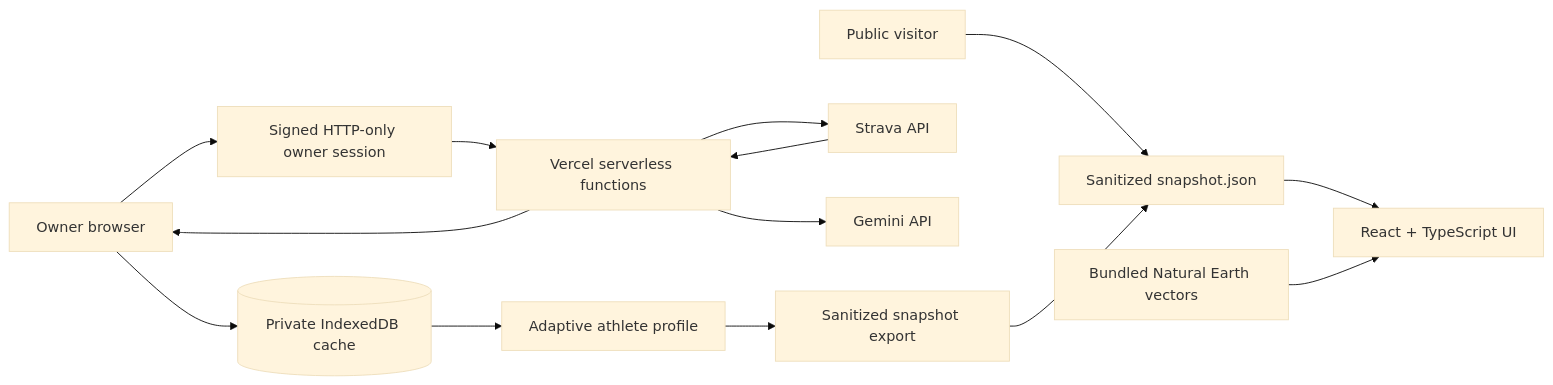
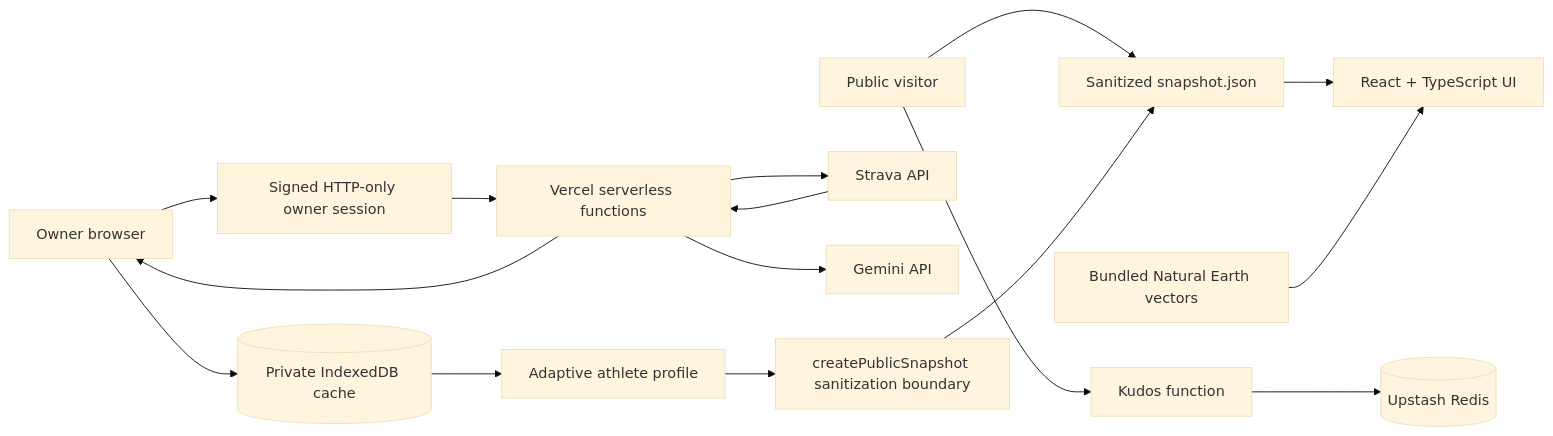
The diagram in README.md (NikhileshThiru/runaround), drawn with Mermaid (base theme) before and after one commit. The commit also changed other lines of this file, not shown here.

````diff
--- a/README.md
+++ b/README.md
@@ -23,18 +25,20 @@
 ```mermaid
 flowchart LR
   Public[Public visitor] --> Snapshot[Sanitized snapshot.json]
+  Public --> Kudos[Kudos function]
+  Kudos --> Redis[(Upstash Redis)]
   Snapshot --> React[React + TypeScript UI]
   Maps[Bundled Natural Earth vectors] --> React
 
   Owner[Owner browser] --> Session[Signed HTTP-only owner session]
   Session --> API[Vercel serverless functions]
   API --> Strava[Strava API]
   API --> Gemini[Gemini API]
 
   Strava --> API
   API --> Owner
   Owner --> IDB[(Private IndexedDB cache)]
   IDB --> Profile[Adaptive athlete profile]
-  Profile --> Export[Sanitized snapshot export]
-  Export --> Snapshot
+  Profile --> Sanitizer[createPublicSnapshot sanitization boundary]
+  Sanitizer --> Snapshot
 ```
````
